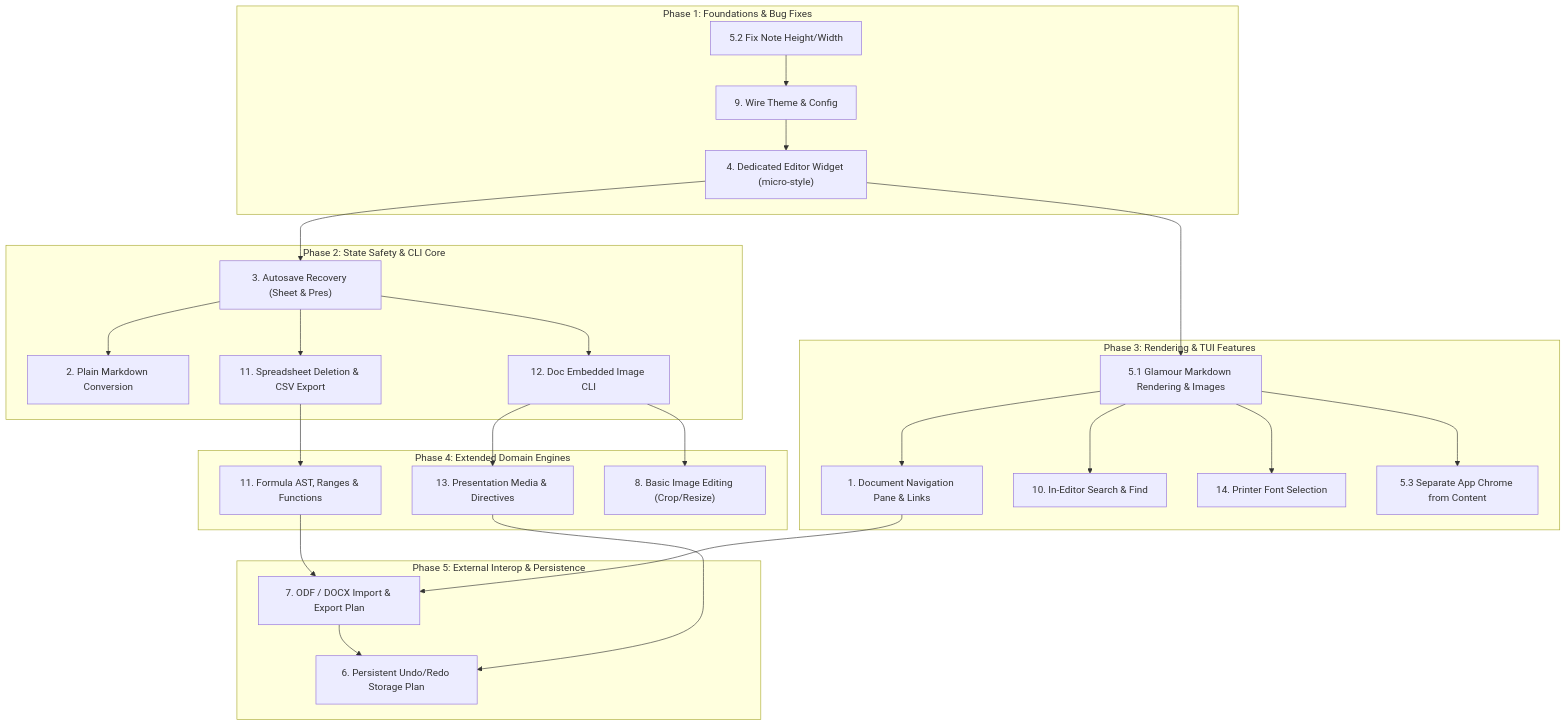
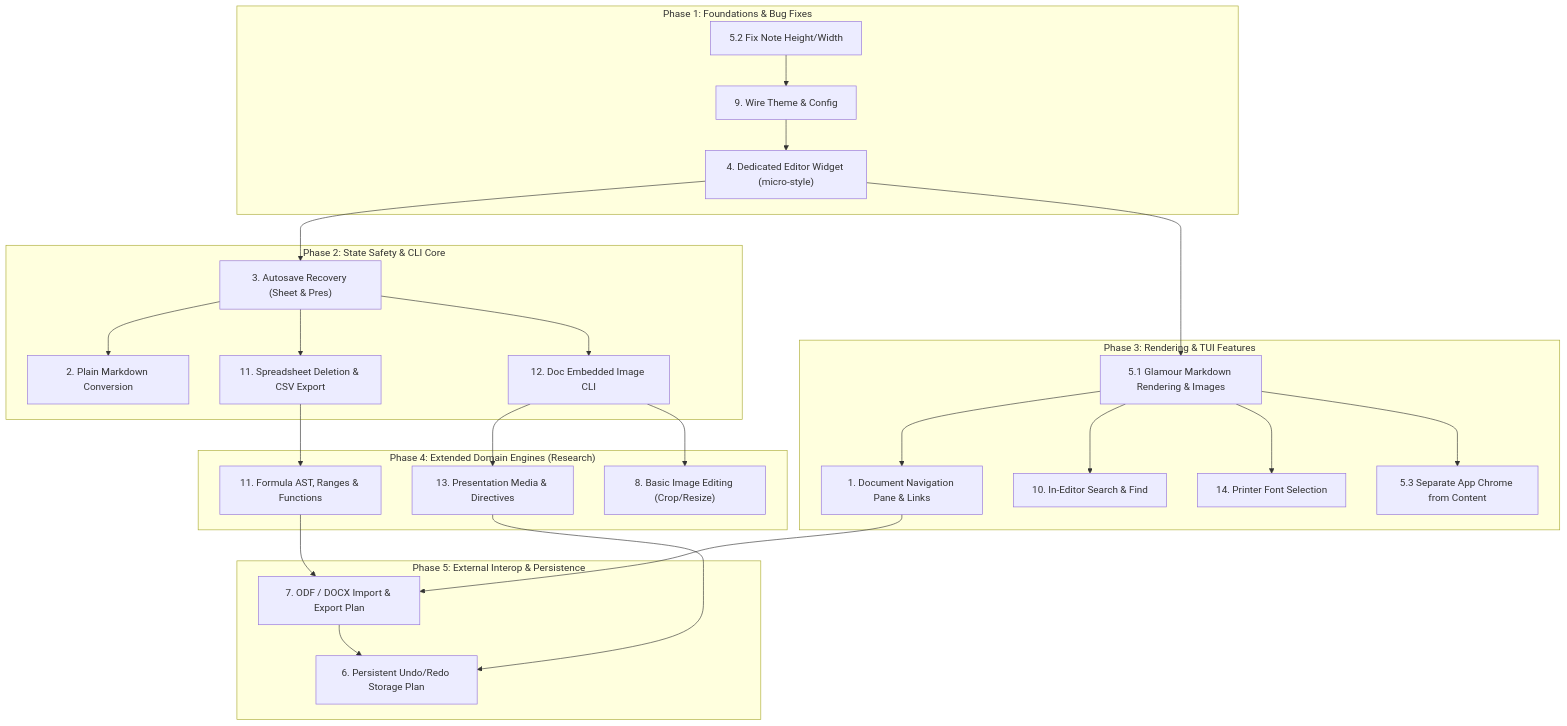
One commit to ramjac/parchment changed the diagram in FutureWork.md. Above: the diagram before and after it, drawn with Mermaid. The commit also changed other lines of this file and 1 other file, not shown here.

First line of the commit message:
docs: transition Phase 4 to research task

````diff
--- a/FutureWork.md
+++ b/FutureWork.md
@@ -591,35 +591,35 @@
 ```mermaid
 flowchart TD
     subgraph Phase1["Phase 1: Foundations & Bug Fixes"]
         H["5.2 Fix Note Height/Width"] --> T["9. Wire Theme & Config"]
         T --> K["4. Dedicated Editor Widget (micro-style)"]
     end
 
     subgraph Phase2["Phase 2: State Safety & CLI Core"]
         K --> R["3. Autosave Recovery (Sheet & Pres)"]
         R --> C["2. Plain Markdown Conversion"]
         R --> S_DEL["11. Spreadsheet Deletion & CSV Export"]
         R --> IMG_CLI["12. Doc Embedded Image CLI"]
     end
 
     subgraph Phase3["Phase 3: Rendering & TUI Features"]
         K --> REND["5.1 Glamour Markdown Rendering & Images"]
         REND --> LINK["1. Document Navigation Pane & Links"]
         REND --> SEARCH["10. In-Editor Search & Find"]
         REND --> FONT["14. Printer Font Selection"]
         REND --> CHROME["5.3 Separate App Chrome from Content"]
     end
 
-    subgraph Phase4["Phase 4: Extended Domain Engines"]
+    subgraph Phase4["Phase 4: Extended Domain Engines (Research)"]
         S_DEL --> FORMULA["11. Formula AST, Ranges & Functions"]
         IMG_CLI --> PRES_MEDIA["13. Presentation Media & Directives"]
         IMG_CLI --> IMG_EDIT["8. Basic Image Editing (Crop/Resize)"]
     end
 
     subgraph Phase5["Phase 5: External Interop & Persistence"]
         FORMULA --> DOCX["7. ODF / DOCX Import & Export Plan"]
         LINK --> DOCX
         DOCX --> HIST["6. Persistent Undo/Redo Storage Plan"]
         PRES_MEDIA --> HIST
     end
 ```
````
